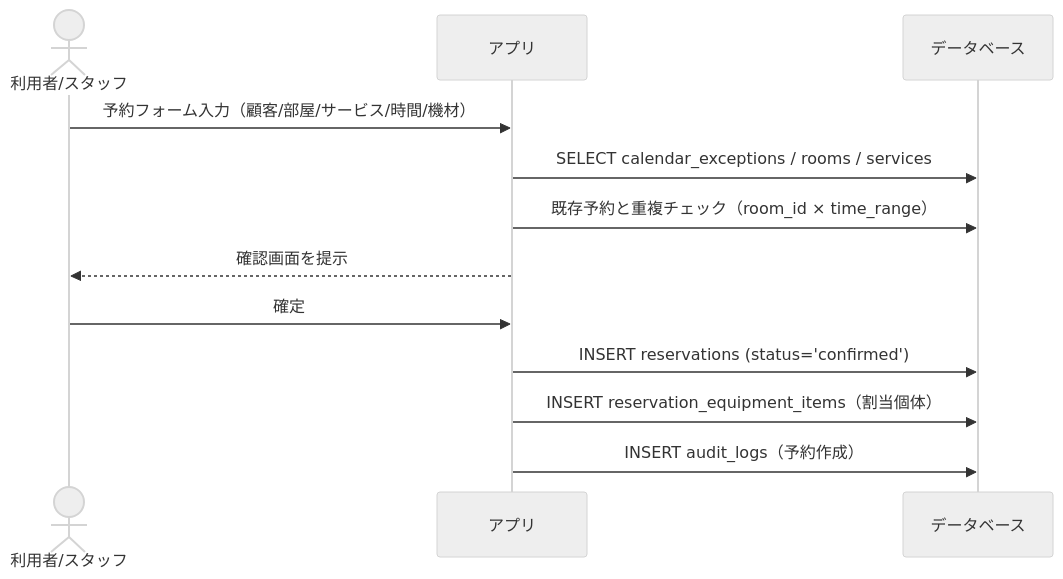
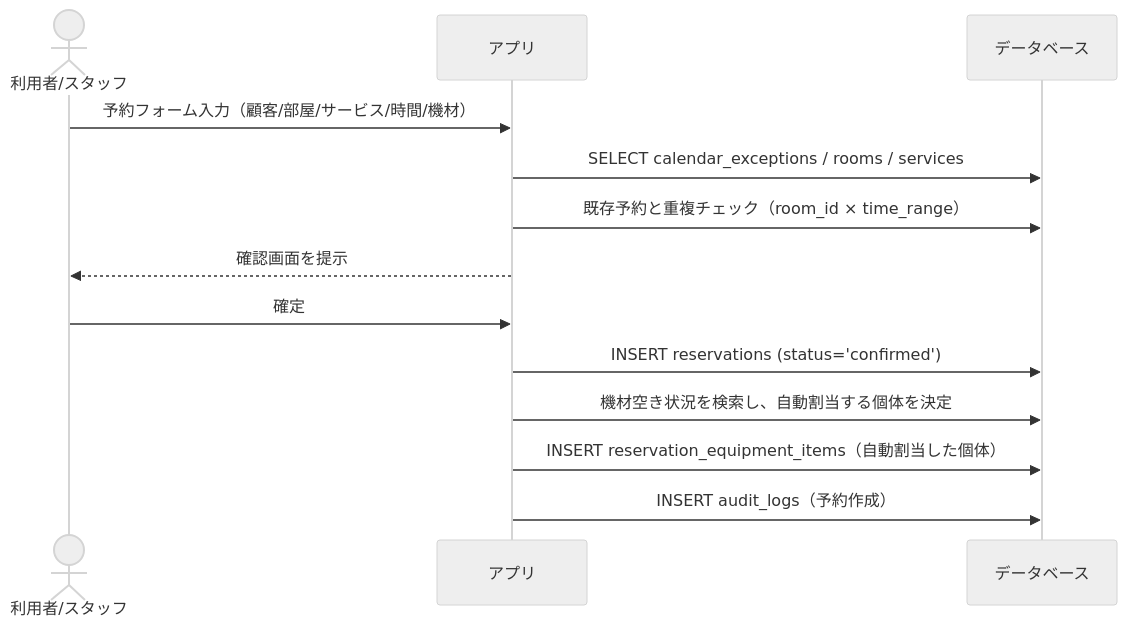
One commit to hira777/pulseboard changed the second of 2 diagrams in docs/db/schema.md. Above: the diagram before and after it, drawn with Mermaid (neutral theme). The commit also changed other lines of this file and 12 other files, not shown here.

````diff
--- a/docs/db/schema.md
+++ b/docs/db/schema.md
@@ -115,14 +115,15 @@
 ```mermaid
 sequenceDiagram
   actor User as 利用者/スタッフ
   participant App as アプリ
   participant DB as データベース
   User->>App: 予約フォーム入力（顧客/部屋/サービス/時間/機材）
   App->>DB: SELECT calendar_exceptions / rooms / services
   App->>DB: 既存予約と重複チェック（room_id × time_range）
   App-->>User: 確認画面を提示
   User->>App: 確定
   App->>DB: INSERT reservations (status='confirmed')
-  App->>DB: INSERT reservation_equipment_items（割当個体）
+  App->>DB: 機材空き状況を検索し、自動割当する個体を決定
+  App->>DB: INSERT reservation_equipment_items（自動割当した個体）
   App->>DB: INSERT audit_logs（予約作成）
 ```
````
